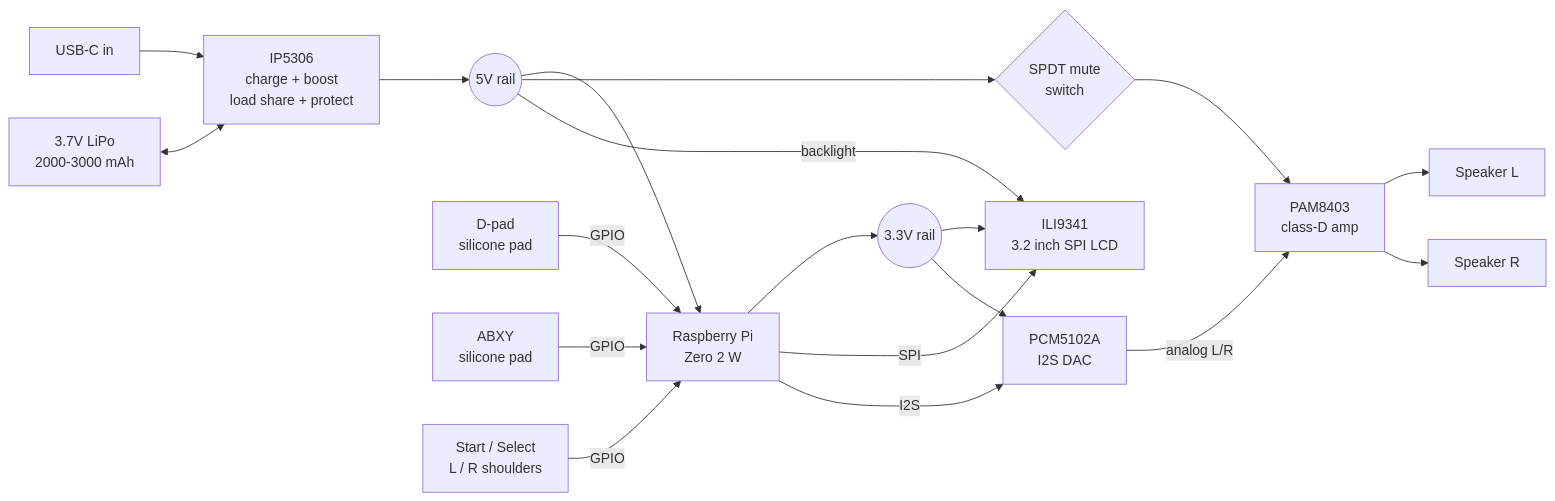
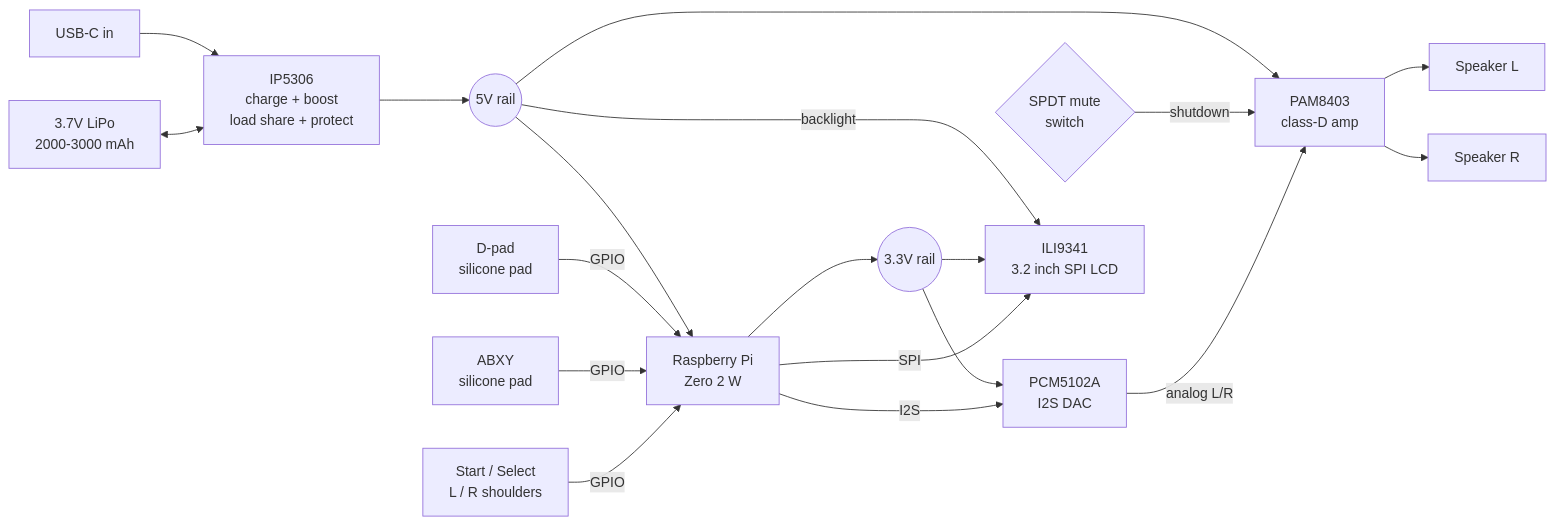
Before and after one commit to spudger/marathon: the diagram in README.md, drawn with Mermaid. The commit also changed other lines of this file and 4 other files, not shown here.

````diff
--- a/README.md
+++ b/README.md
@@ -36,37 +36,37 @@
 ```mermaid
 flowchart LR
     USBC[USB-C in]
     BAT[3.7V LiPo<br/>2000-3000 mAh]
     IP5306[IP5306<br/>charge + boost<br/>load share + protect]
     V5((5V rail))
     V33((3.3V rail))
     PI[Raspberry Pi<br/>Zero 2 W]
     MUTE{SPDT mute<br/>switch}
     PAM[PAM8403<br/>class-D amp]
     DAC[PCM5102A<br/>I2S DAC]
     LCD[ILI9341<br/>3.2 inch SPI LCD]
     SPK1[Speaker L]
     SPK2[Speaker R]
     DPAD[D-pad<br/>silicone pad]
     ABXY[ABXY<br/>silicone pad]
     TACT[Start / Select<br/>L / R shoulders]
 
     USBC --> IP5306
     BAT <--> IP5306
     IP5306 --> V5
     V5 --> PI
-    V5 --> MUTE
-    MUTE --> PAM
+    V5 --> PAM
+    MUTE -->|shutdown| PAM
     V5 -->|backlight| LCD
     PI --> V33
     V33 --> LCD
     V33 --> DAC
     PI -->|SPI| LCD
     PI -->|I2S| DAC
     DAC -->|analog L/R| PAM
     PAM --> SPK1
     PAM --> SPK2
     DPAD -->|GPIO| PI
     ABXY -->|GPIO| PI
     TACT -->|GPIO| PI
 ```
````
